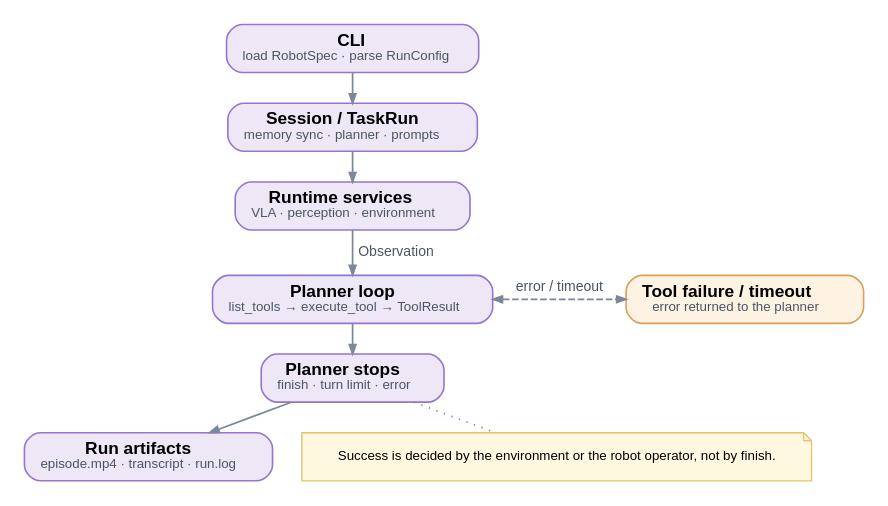
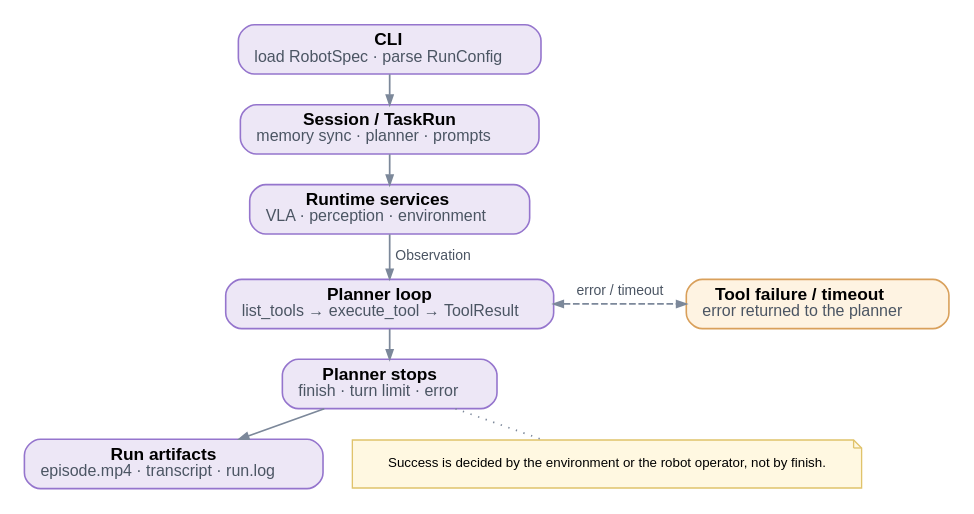
The diagram in docs/_diagrams/execution-flow-en.dot (qurakchin/RPent), drawn with Graphviz before and after one commit. The commit also changed 69 other files, not shown here.

```diff
--- a/docs/_diagrams/execution-flow-en.dot
+++ b/docs/_diagrams/execution-flow-en.dot
@@ -1,29 +1,29 @@
 digraph flow {
   graph [rankdir=TB, splines=spline, nodesep=0.30, ranksep=0.30, pad=0.15,
          fontname="Helvetica", bgcolor="white"];
   node [shape=box, style="rounded,filled", fontname="Helvetica", fontsize=12,
         margin="0.16,0.09", penwidth=1.2, fillcolor="#ede7f6",
         color="#9575cd"];
   edge [color="#7c889a", penwidth=1.3, arrowsize=0.7, fontname="Helvetica",
         fontsize=10.5, fontcolor="#4b5563"];
 
-  f_cli [label=<<FONT POINT-SIZE="13"><B>CLI</B></FONT><BR/><FONT POINT-SIZE="10" COLOR="#4b5563">load RobotSpec · parse RunConfig</FONT>>, fillcolor="#ede7f6", color="#9575cd"];
-  f_session [label=<<FONT POINT-SIZE="13"><B>Session / TaskRun</B></FONT><BR/><FONT POINT-SIZE="10" COLOR="#4b5563">memory sync · planner · prompts</FONT>>, fillcolor="#ede7f6", color="#9575cd"];
-  f_services [label=<<FONT POINT-SIZE="13"><B>Runtime services</B></FONT><BR/><FONT POINT-SIZE="10" COLOR="#4b5563">VLA · perception · environment</FONT>>, fillcolor="#ede7f6", color="#9575cd"];
-  f_loop [label=<<FONT POINT-SIZE="13"><B>Planner loop</B></FONT><BR/><FONT POINT-SIZE="10" COLOR="#4b5563">list_tools → execute_tool → ToolResult</FONT>>, fillcolor="#ede7f6", color="#9575cd"];
-  f_end [label=<<FONT POINT-SIZE="13"><B>Planner stops</B></FONT><BR/><FONT POINT-SIZE="10" COLOR="#4b5563">finish · turn limit · error</FONT>>, fillcolor="#ede7f6", color="#9575cd"];
-  f_result [label=<<FONT POINT-SIZE="13"><B>Run artifacts</B></FONT><BR/><FONT POINT-SIZE="10" COLOR="#4b5563">episode.mp4 · transcript · run.log</FONT>>, fillcolor="#ede7f6", color="#9575cd"];
+  f_cli [label=<<FONT POINT-SIZE="13"><B>CLI</B></FONT><BR/><FONT POINT-SIZE="12" COLOR="#4b5563">load RobotSpec · parse RunConfig</FONT>>, fillcolor="#ede7f6", color="#9575cd"];
+  f_session [label=<<FONT POINT-SIZE="13"><B>Session / TaskRun</B></FONT><BR/><FONT POINT-SIZE="12" COLOR="#4b5563">memory sync · planner · prompts</FONT>>, fillcolor="#ede7f6", color="#9575cd"];
+  f_services [label=<<FONT POINT-SIZE="13"><B>Runtime services</B></FONT><BR/><FONT POINT-SIZE="12" COLOR="#4b5563">VLA · perception · environment</FONT>>, fillcolor="#ede7f6", color="#9575cd"];
+  f_loop [label=<<FONT POINT-SIZE="13"><B>Planner loop</B></FONT><BR/><FONT POINT-SIZE="12" COLOR="#4b5563">list_tools → execute_tool → ToolResult</FONT>>, fillcolor="#ede7f6", color="#9575cd"];
+  f_end [label=<<FONT POINT-SIZE="13"><B>Planner stops</B></FONT><BR/><FONT POINT-SIZE="12" COLOR="#4b5563">finish · turn limit · error</FONT>>, fillcolor="#ede7f6", color="#9575cd"];
+  f_result [label=<<FONT POINT-SIZE="13"><B>Run artifacts</B></FONT><BR/><FONT POINT-SIZE="12" COLOR="#4b5563">episode.mp4 · transcript · run.log</FONT>>, fillcolor="#ede7f6", color="#9575cd"];
   f_cli -> f_session;
   f_session -> f_services;
   f_services -> f_loop [label="Observation"];
   f_loop -> f_end;
   f_end -> f_result;
   {rank=same; f_loop; f_fail;}
   f_loop -> f_fail [dir=both, label="error / timeout", style=dashed,
                     constraint=false];
   f_note [label="Success is decided by the environment or the robot operator, not by finish.", shape=note, style="filled",
           fillcolor="#fff8e1", color="#e0c36b", fontsize=10, margin="0.12,0.08",
           penwidth=1.0];
   f_end -> f_note [style=dotted, arrowhead=none];
-  f_fail [label=<<FONT POINT-SIZE="13"><B>Tool failure / timeout</B></FONT><BR/><FONT POINT-SIZE="10" COLOR="#4b5563">error returned to the planner</FONT>>, fillcolor="#fef3e2", color="#d9a05b"];
+  f_fail [label=<<FONT POINT-SIZE="13"><B>Tool failure / timeout</B></FONT><BR/><FONT POINT-SIZE="12" COLOR="#4b5563">error returned to the planner</FONT>>, fillcolor="#fef3e2", color="#d9a05b"];
 }
```
